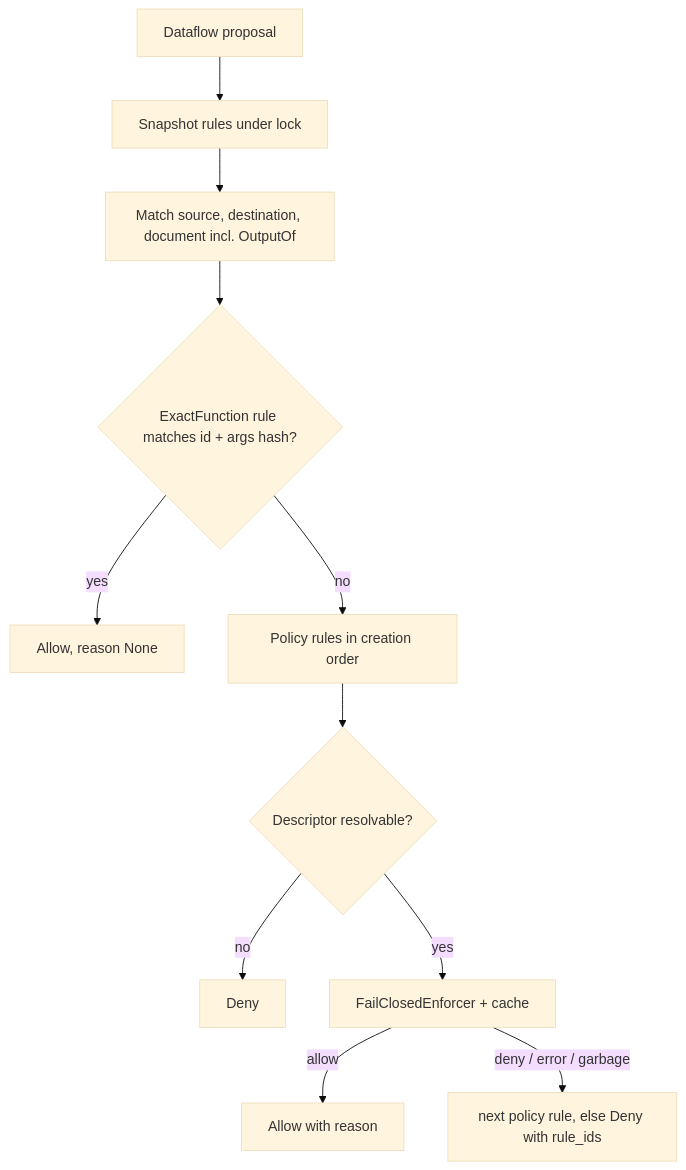
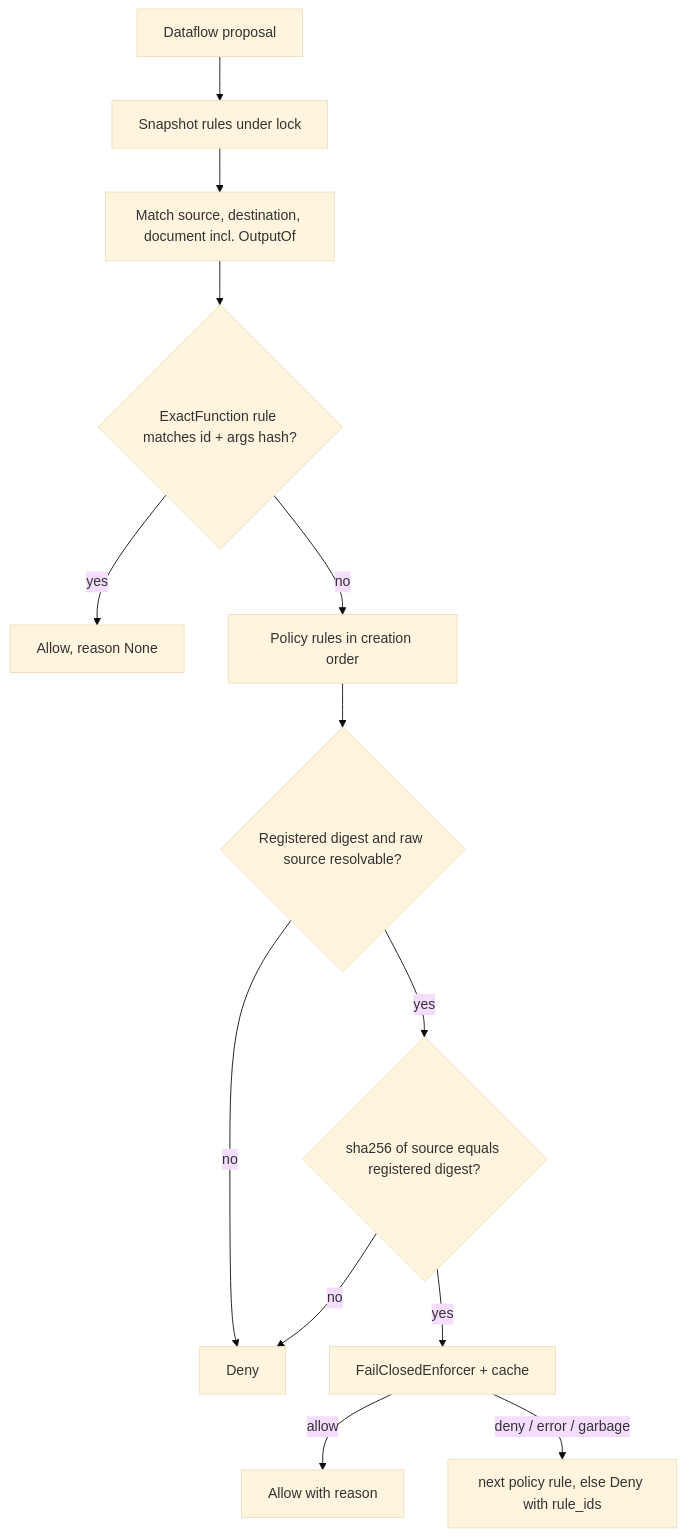
Before and after one commit to kyle-macmillan/aauth: the diagram in pluggable_rules_package_6219fd6b.plan.md, drawn with Mermaid (base theme). The commit also changed other lines of this file and 14 other files, not shown here.

````diff
--- a/pluggable_rules_package_6219fd6b.plan.md
+++ b/pluggable_rules_package_6219fd6b.plan.md
@@ -86,13 +89,15 @@
 ```mermaid
 flowchart TD
     proposal[Dataflow proposal] --> snapshot["Snapshot rules under lock"]
     snapshot --> filterExact["Match source, destination, document incl. OutputOf"]
     filterExact --> exactRules{"ExactFunction rule matches id + args hash?"}
     exactRules -->|yes| allowExact["Allow, reason None"]
     exactRules -->|no| policyRules["Policy rules in creation order"]
-    policyRules --> descriptor{"Descriptor resolvable?"}
-    descriptor -->|no| denyAll["Deny"]
-    descriptor -->|yes| enforcer["FailClosedEnforcer + cache"]
+    policyRules --> source{"Registered digest and raw source resolvable?"}
+    source -->|no| denyAll["Deny"]
+    source -->|yes| verify{"sha256 of source equals registered digest?"}
+    verify -->|no| denyAll
+    verify -->|yes| enforcer["FailClosedEnforcer + cache"]
     enforcer -->|allow| allowPolicy["Allow with reason"]
     enforcer -->|"deny / error / garbage"| nextRule["next policy rule, else Deny with rule_ids"]
 ```
````
